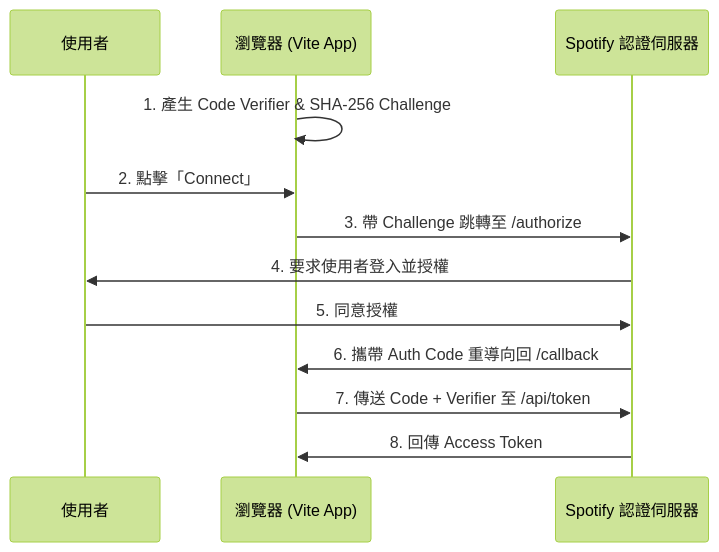
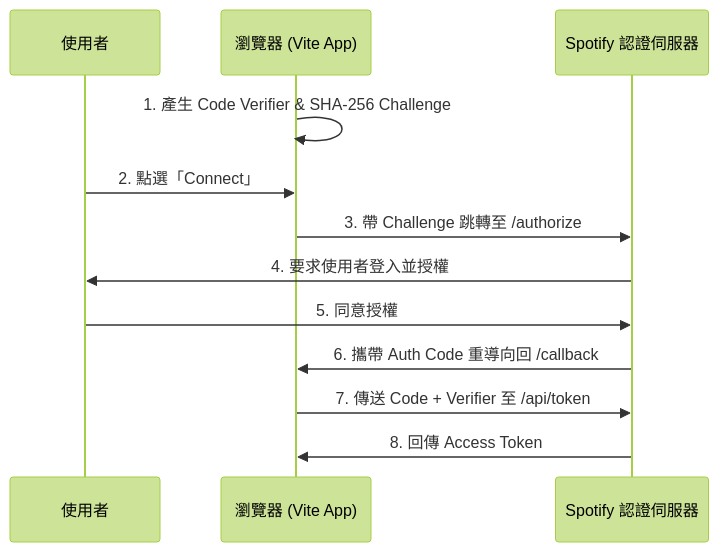
Before and after one commit to hitanyah/pixel-cassette-player: the diagram in doc/api.md, drawn with Mermaid (forest theme). The commit also changed other lines of this file and 5 other files, not shown here.

````diff
--- a/doc/api.md
+++ b/doc/api.md
@@ -12,15 +12,15 @@
 ```mermaid
 sequenceDiagram
     participant User as 使用者
     participant Client as 瀏覽器 (Vite App)
     participant Spotify as Spotify 認證伺服器
     
     Client->>Client: 1. 產生 Code Verifier & SHA-256 Challenge
-    User->>Client: 2. 點擊「Connect」
+    User->>Client: 2. 點選「Connect」
     Client->>Spotify: 3. 帶 Challenge 跳轉至 /authorize
     Spotify->>User: 4. 要求使用者登入並授權
     User->>Spotify: 5. 同意授權
     Spotify->>Client: 6. 攜帶 Auth Code 重導向回 /callback
     Client->>Spotify: 7. 傳送 Code + Verifier 至 /api/token
     Spotify->>Client: 8. 回傳 Access Token
 ```
````
